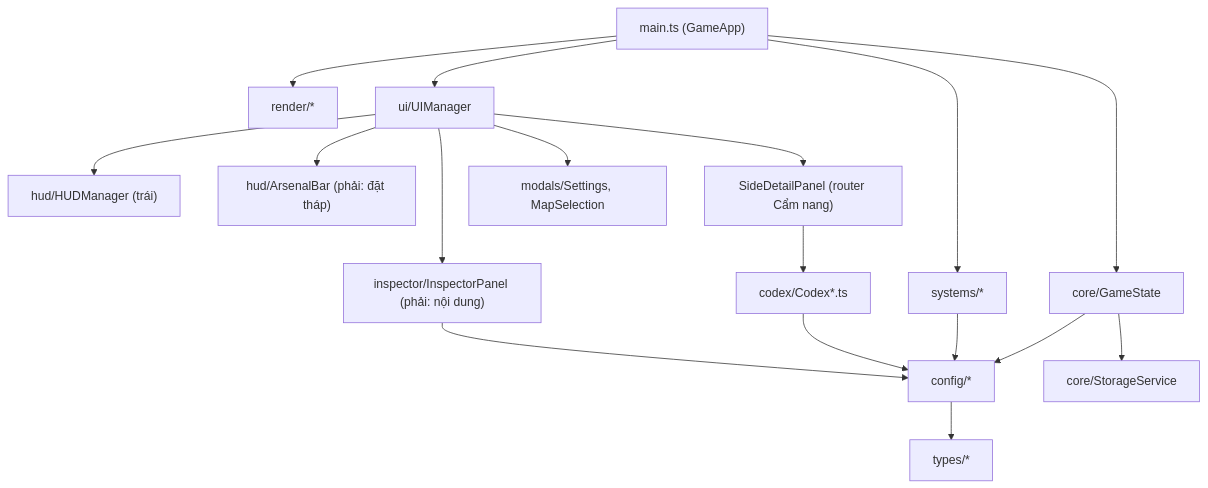
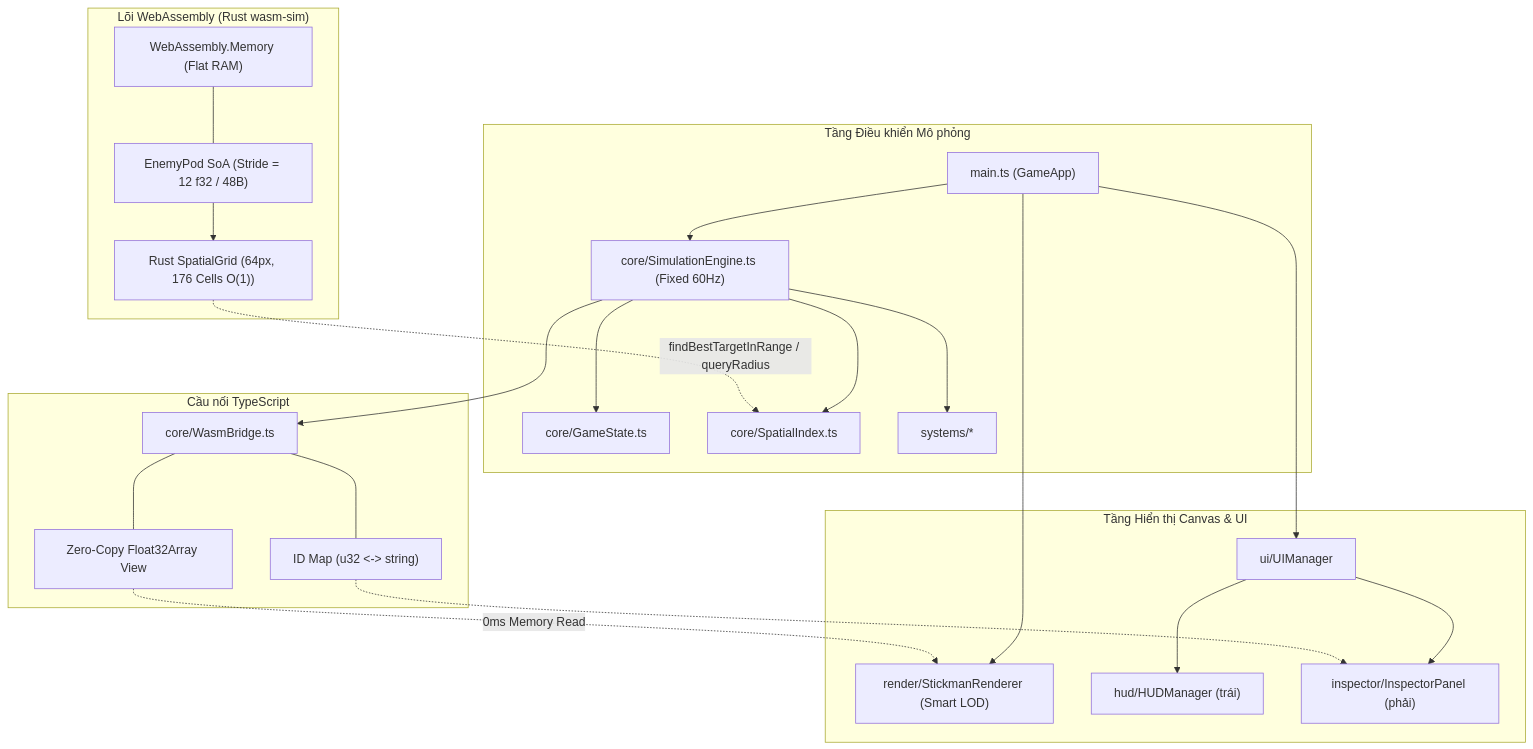
The diagram in .agents/skills/stick-vanguard-maintenance/references/architecture.md (thichuong/Stick-Vanguard), drawn with Mermaid before and after one commit. The commit also changed other lines of this file and 3 other files, not shown here.

````diff
--- a/.agents/skills/stick-vanguard-maintenance/references/architecture.md
+++ b/.agents/skills/stick-vanguard-maintenance/references/architecture.md
@@ -64,19 +77,37 @@
 ```mermaid
 flowchart TD
-  main["main.ts (GameApp)"] --> GS["core/GameState"]
-  main --> SYS["systems/*"]
-  main --> RND["render/*"]
-  main --> UI["ui/UIManager"]
-  UI --> HUD["hud/HUDManager (trái)"]
-  UI --> ARS["hud/ArsenalBar (phải: đặt tháp)"]
-  UI --> INS["inspector/InspectorPanel (phải: nội dung)"]
-  UI --> SDP["SideDetailPanel (router Cẩm nang)"]
-  UI --> MOD["modals/Settings, MapSelection"]
-  SDP --> CDX["codex/Codex*.ts"]
-  GS --> CFG["config/*"]
-  SYS --> CFG
-  CDX --> CFG
-  INS --> CFG
-  CFG --> TYP["types/*"]
-  GS --> ST["core/StorageService"]
+  subgraph WasmLayer["Lõi WebAssembly (Rust wasm-sim)"]
+    MEM["WebAssembly.Memory (Flat RAM)"]
+    POD["EnemyPod SoA (Stride = 12 f32 / 48B)"]
+    GRID["Rust SpatialGrid (64px, 176 Cells O(1))"]
+    MEM --- POD
+    POD --> GRID
+  end
+
+  subgraph BridgeLayer["Cầu nối TypeScript"]
+    WB["core/WasmBridge.ts"]
+    VIEW["Zero-Copy Float32Array View"]
+    IDMAP["ID Map (u32 <-> string)"]
+    WB --- VIEW
+    WB --- IDMAP
+  end
+
+  subgraph SimLayer["Tầng Điều khiển Mô phỏng"]
+    main["main.ts (GameApp)"] --> SIM["core/SimulationEngine.ts (Fixed 60Hz)"]
+    SIM --> GS["core/GameState.ts"]
+    SIM --> SPATIAL["core/SpatialIndex.ts"]
+    SIM --> SYS["systems/*"]
+    SIM --> WB
+  end
+
+  subgraph Presentation["Tầng Hiển thị Canvas & UI"]
+    main --> RND["render/StickmanRenderer (Smart LOD)"]
+    main --> UI["ui/UIManager"]
+    VIEW -.->|"0ms Memory Read"| RND
+    UI --> HUD["hud/HUDManager (trái)"]
+    UI --> INS["inspector/InspectorPanel (phải)"]
+    IDMAP -.-> INS
+  end
+
+  GRID -.->|"findBestTargetInRange / queryRadius"| SPATIAL
 ```
````
